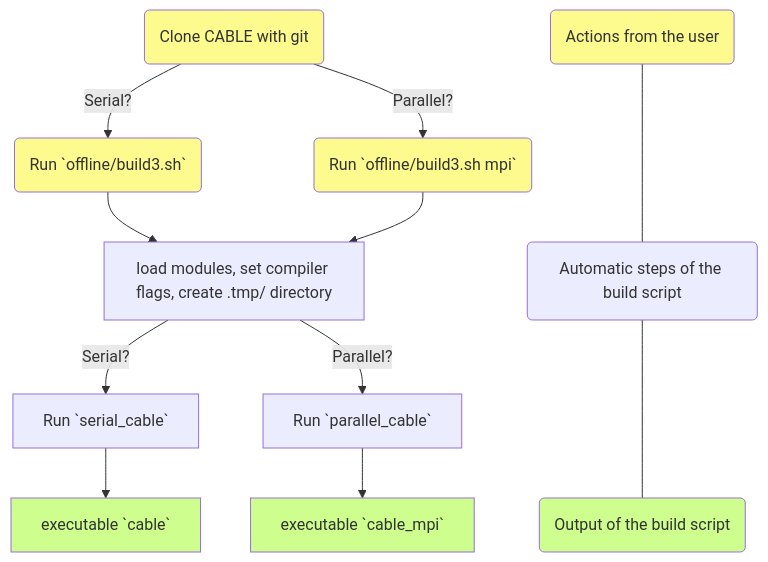
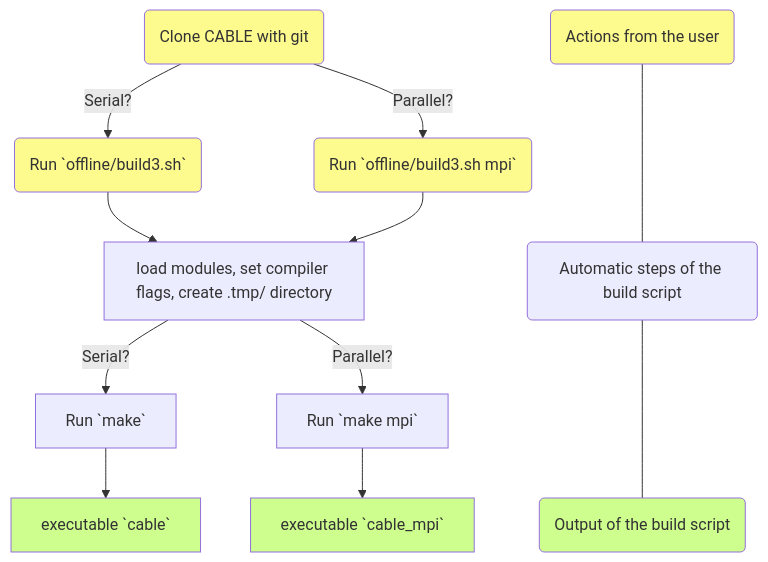
Before and after one commit to CABLE-LSM/CABLE: the diagram in documentation/docs/user_guide/installation.md, drawn with Mermaid. The commit also changed other lines of this file and 4 other files, not shown here.

First line of the commit message:
Deprecate `serial_cable` and `parallel_cable` scripts

````diff
--- a/documentation/docs/user_guide/installation.md
+++ b/documentation/docs/user_guide/installation.md
@@ -11,27 +11,27 @@
 ``` mermaid
 graph TD
     
     A(Clone CABLE with git):::UserAction -->|Serial?| B(Run `offline/build3.sh`):::UserAction;
     B --> D[load modules, set compiler flags, create .tmp/ directory];
-    D -->|Serial?| E[Run `serial_cable`];
+    D -->|Serial?| E[Run `make`];
     E --> G[executable `cable`]:::Output;
     A -->|Parallel?| C(Run `offline/build3.sh mpi`):::UserAction;
     C --> D;   
-    D -->|Parallel?| F[Run `parallel_cable`];
+    D -->|Parallel?| F[Run `make mpi`];
     F --> H[executable `cable_mpi`]:::Output;
     click A "http://cable.readthedocs.io/en/latest/user_guide/installation/#getting-the-cable-source-code"
     click B "http://cable.readthedocs.io/en/latest/user_guide/installation/#launching-the-build"
     click C "http://cable.readthedocs.io/en/latest/user_guide/installation/#launching-the-build"
     click D "http://cable.readthedocs.io/en/latest/user_guide/installation/#description-of-the-build-process"
     click E "http://cable.readthedocs.io/en/latest/user_guide/installation/#description-of-the-build-process"
     click F "http://cable.readthedocs.io/en/latest/user_guide/installation/#description-of-the-build-process"
 
     UserAction ---- Automatic ---- Output;
 
     UserAction(Actions from the user):::UserAction;
     Automatic(Automatic steps of the build script);
     Output(Output of the build script):::Output;
 
     classDef UserAction fill:#FEFB8E
     classDef Output fill:#cefe8e
 ```
````
